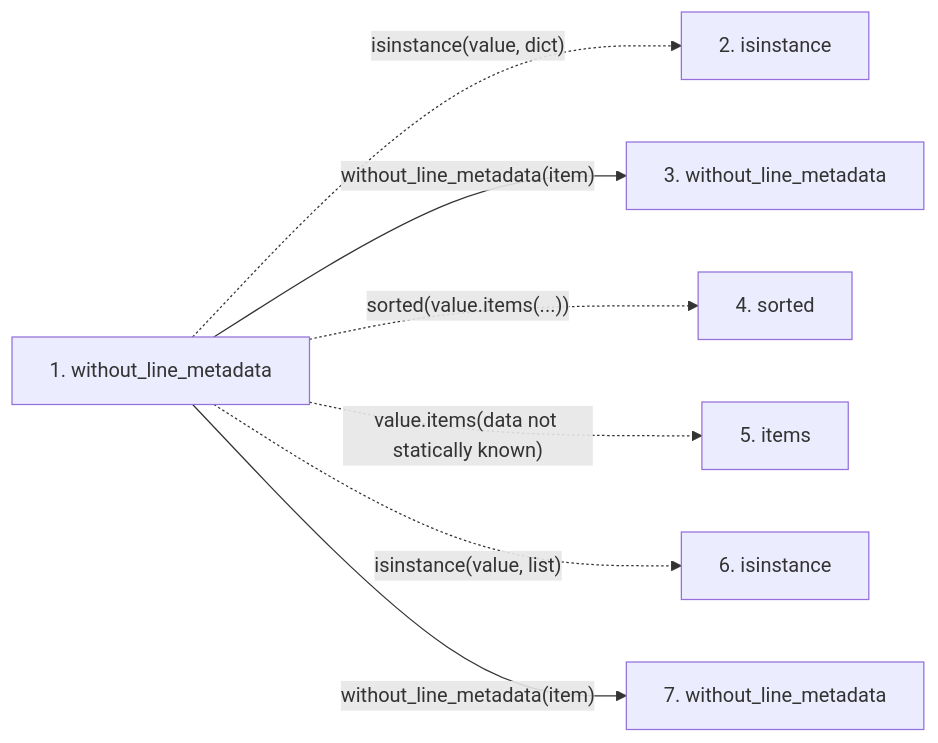
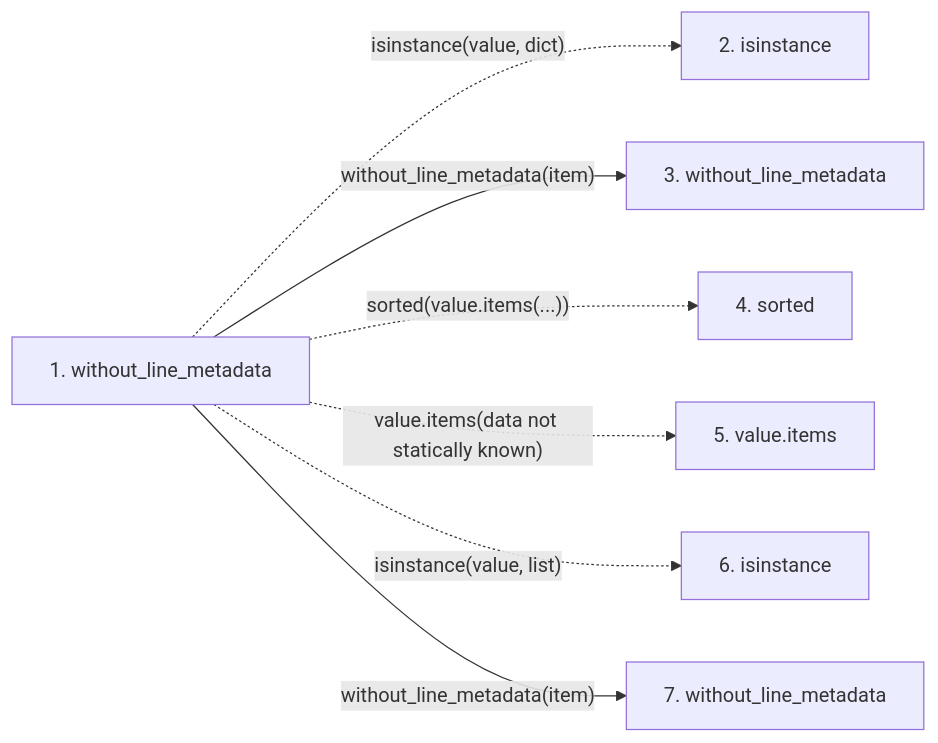
Before and after one commit to Denissvgn/python-wiki-llm: the second of 2 diagrams in docs/llm_wiki/flows/api-without_line_metadata.md, drawn with Mermaid. The commit also changed other lines of this file and 719 other files, not shown here.

````diff
--- a/docs/llm_wiki/flows/api-without_line_metadata.md
+++ b/docs/llm_wiki/flows/api-without_line_metadata.md
@@ -27,19 +27,19 @@
 ```mermaid
 flowchart LR
     s1["1. without_line_metadata"]
     s2["2. isinstance"]
     s3["3. without_line_metadata"]
     s4["4. sorted"]
-    s5["5. items"]
+    s5["5. value.items"]
     s6["6. isinstance"]
     s7["7. without_line_metadata"]
     s1 -. "isinstance(value, dict)" .-> s2
     s1 -->|"without_line_metadata(item)"| s3
     s1 -. "sorted(value.items(...))" .-> s4
     s1 -. "value.items(data not statically known)" .-> s5
     s1 -. "isinstance(value, list)" .-> s6
     s1 -->|"without_line_metadata(item)"| s7
     click s1 "../modules/knowledge_evidence.md"
     click s3 "../modules/knowledge_evidence.md"
     click s7 "../modules/knowledge_evidence.md"
 ```
````
